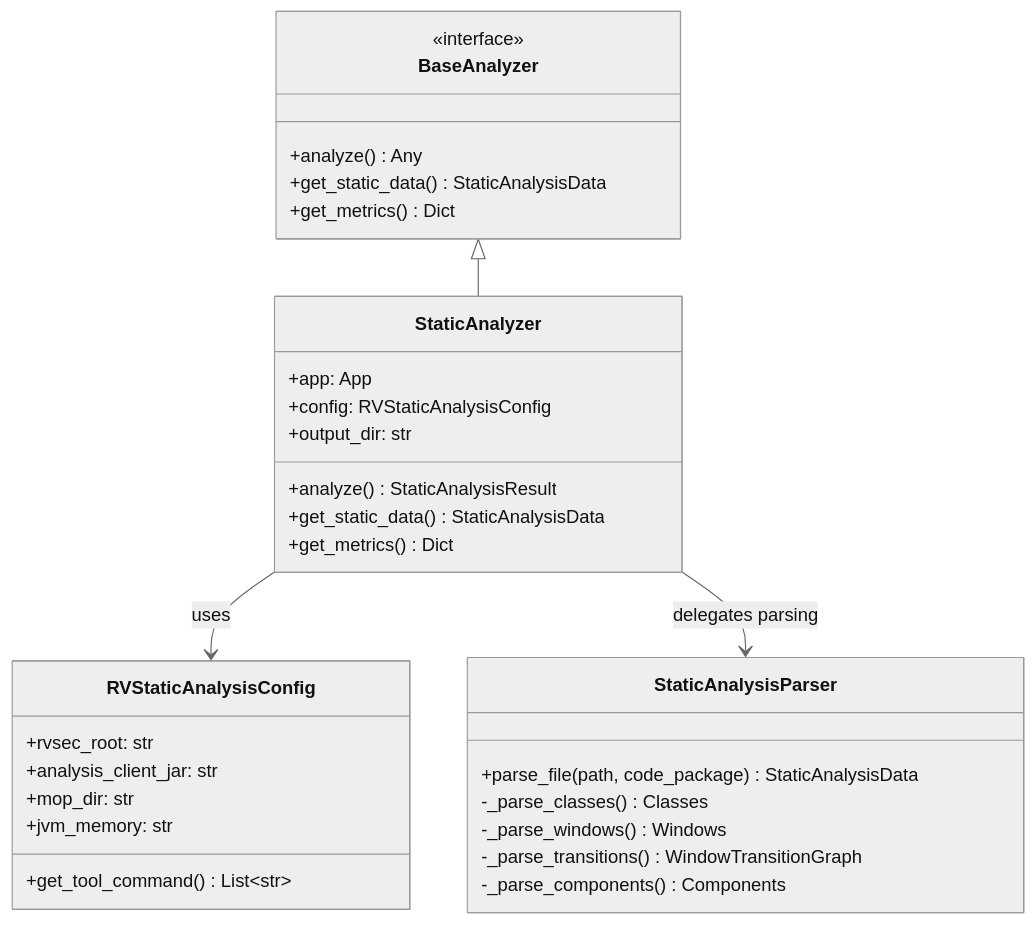
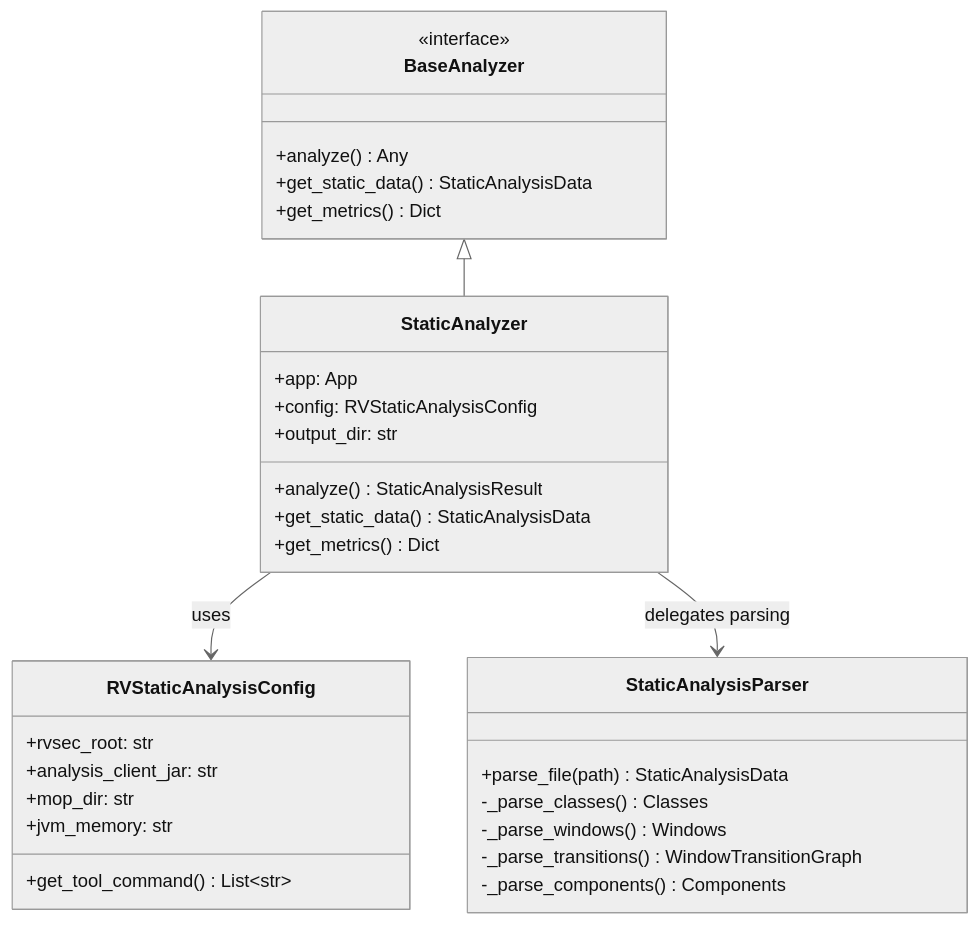
Before and after one commit to PAMunb/rvsec: the fifth of 5 diagrams in rv-android/modules/rv-static-analysis/docs/architecture.md, drawn with Mermaid. The commit also changed other lines of this file and 28 other files, not shown here.

````diff
--- a/rv-android/modules/rv-static-analysis/docs/architecture.md
+++ b/rv-android/modules/rv-static-analysis/docs/architecture.md
@@ -499,40 +509,40 @@
 ```mermaid
 %%{init: {'theme': 'neutral'}}%%
 classDiagram
     class BaseAnalyzer {
         <<interface>>
         +analyze() Any
         +get_static_data() StaticAnalysisData
         +get_metrics() Dict
     }
 
     class StaticAnalyzer {
         +app: App
         +config: RVStaticAnalysisConfig
         +output_dir: str
         +analyze() StaticAnalysisResult
         +get_static_data() StaticAnalysisData
         +get_metrics() Dict
     }
 
     BaseAnalyzer <|-- StaticAnalyzer
 
     class RVStaticAnalysisConfig {
         +rvsec_root: str
         +analysis_client_jar: str
         +mop_dir: str
         +jvm_memory: str
         +get_tool_command() List~str~
     }
 
     class StaticAnalysisParser {
-        +parse_file(path, code_package) StaticAnalysisData
+        +parse_file(path) StaticAnalysisData
         -_parse_classes() Classes
         -_parse_windows() Windows
         -_parse_transitions() WindowTransitionGraph
         -_parse_components() Components
     }
 
     StaticAnalyzer --> RVStaticAnalysisConfig : uses
     StaticAnalyzer --> StaticAnalysisParser : delegates parsing
 ```
````
